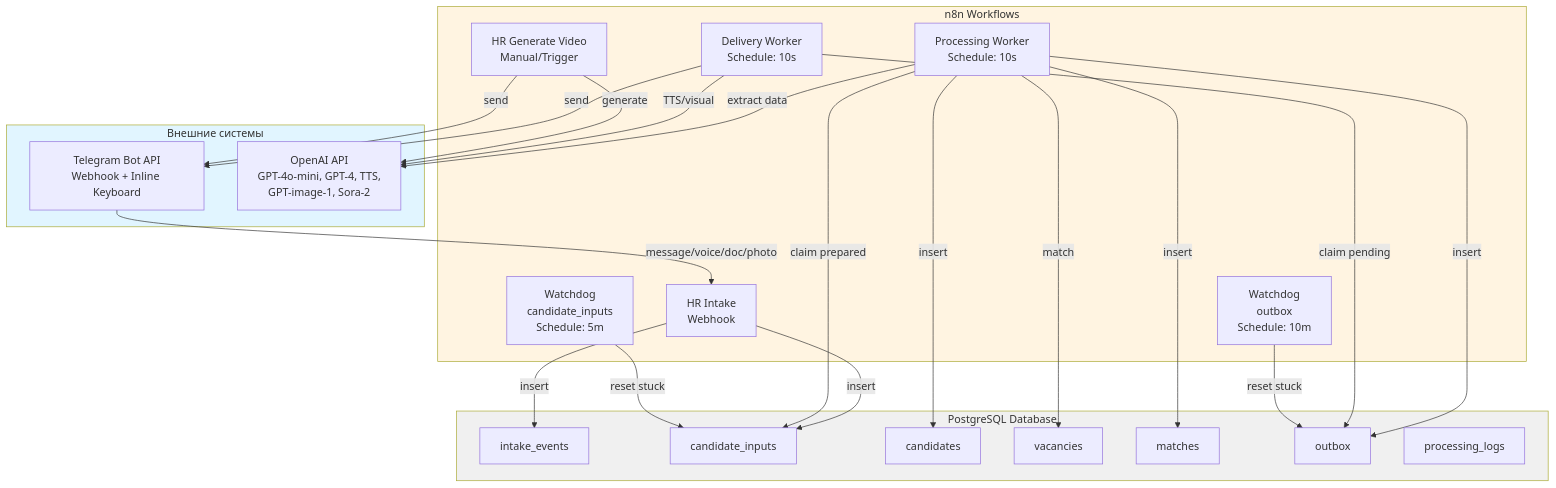
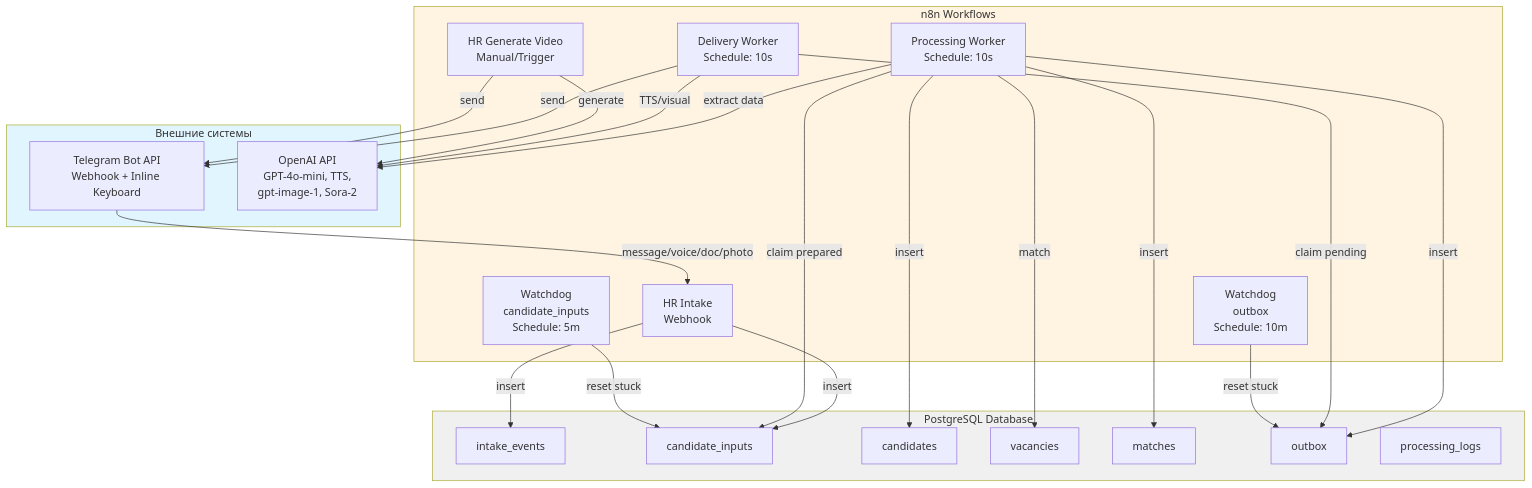
One commit to AlexLvGulyaev/HR-Assistant changed the first of 11 diagrams in docs/ARCHITECTURE.md. Above: the diagram before and after it, drawn with Mermaid. The commit also changed other lines of this file and 30 other files, not shown here.

````diff
--- a/docs/ARCHITECTURE.md
+++ b/docs/ARCHITECTURE.md
@@ -22,51 +29,51 @@
 ```mermaid
 graph TB
     subgraph External["Внешние системы"]
         TG[Telegram Bot API<br/>Webhook + Inline Keyboard]
-        OAI[OpenAI API<br/>GPT-4o-mini, GPT-4, TTS,<br/>GPT-image-1, Sora-2]
+        OAI[OpenAI API<br/>GPT-4o-mini, TTS,<br/>gpt-image-1, Sora-2]
     end
 
     subgraph N8N["n8n Workflows"]
         INTAKE[HR Intake<br/>Webhook]
         PROC[Processing Worker<br/>Schedule: 10s]
         DELIV[Delivery Worker<br/>Schedule: 10s]
         VIDEO[HR Generate Video<br/>Manual/Trigger]
         WD1[Watchdog<br/>candidate_inputs<br/>Schedule: 5m]
         WD2[Watchdog<br/>outbox<br/>Schedule: 10m]
     end
 
     subgraph DB["PostgreSQL Database"]
         IE[intake_events]
         CI[candidate_inputs]
         CAND[candidates]
         VAC[vacancies]
         MATCH[matches]
         OUT[outbox]
         LOGS[processing_logs]
     end
 
     TG -->|message/voice/doc/photo| INTAKE
     INTAKE -->|insert| IE
     INTAKE -->|insert| CI
     
     PROC -->|claim prepared| CI
     PROC -->|extract data| OAI
     PROC -->|insert| CAND
     PROC -->|match| VAC
     PROC -->|insert| MATCH
     PROC -->|insert| OUT
     
     DELIV -->|claim pending| OUT
     DELIV -->|TTS/visual| OAI
     DELIV -->|send| TG
     
     VIDEO -->|generate| OAI
     VIDEO -->|send| TG
     
     WD1 -->|reset stuck| CI
     WD2 -->|reset stuck| OUT
 
     style External fill:#e1f5ff
     style N8N fill:#fff4e1
     style DB fill:#f0f0f0
 ```
````
